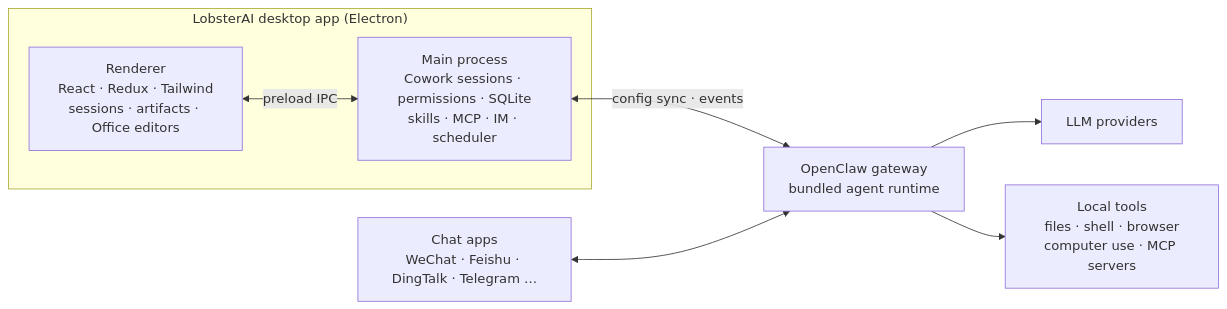
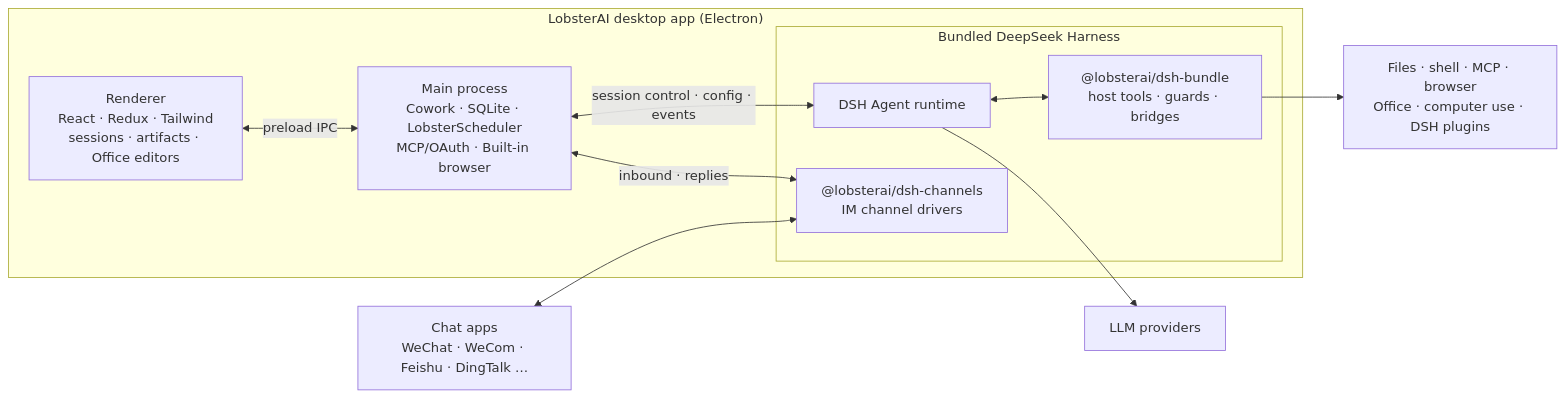
Before and after one commit to zqf20096327/ai_collect: the diagram in data/readmes/netease-youdao__LobsterAI.md, drawn with Mermaid. The commit also changed other lines of this file and 1801 other files, not shown here.

````diff
--- a/data/readmes/netease-youdao__LobsterAI.md
+++ b/data/readmes/netease-youdao__LobsterAI.md
@@ -115,12 +126,19 @@
 ```mermaid
 flowchart LR
   subgraph App["LobsterAI desktop app (Electron)"]
     UI["Renderer<br/>React · Redux · Tailwind<br/>sessions · artifacts · Office editors"]
-    Main["Main process<br/>Cowork sessions · permissions · SQLite<br/>skills · MCP · IM · scheduler"]
+    Main["Main process<br/>Cowork · SQLite · LobsterScheduler<br/>MCP/OAuth · Built-in browser"]
+    subgraph DshHost["Bundled DeepSeek Harness"]
+      DSH["DSH Agent runtime"]
+      HostBundle["@lobsterai/dsh-bundle<br/>host tools · guards · bridges"]
+      Channels["@lobsterai/dsh-channels<br/>IM channel drivers"]
+    end
     UI <-->|"preload IPC"| Main
+    Main <-->|"session control · config · events"| DSH
+    DSH <--> HostBundle
+    Main <-->|"inbound · replies"| Channels
   end
-  Main <-->|"config sync · events"| Gateway["OpenClaw gateway<br/>bundled agent runtime"]
-  Gateway --> Models["LLM providers"]
-  Gateway --> Tools["Local tools<br/>files · shell · browser<br/>computer use · MCP servers"]
-  Chat["Chat apps<br/>WeChat · Feishu · DingTalk · Telegram …"] <--> Gateway
+  DSH --> Models["LLM providers"]
+  HostBundle --> Tools["Files · shell · MCP · browser<br/>Office · computer use · DSH plugins"]
+  Chat["Chat apps<br/>WeChat · WeCom · Feishu · DingTalk …"] <--> Channels
 ```
````
